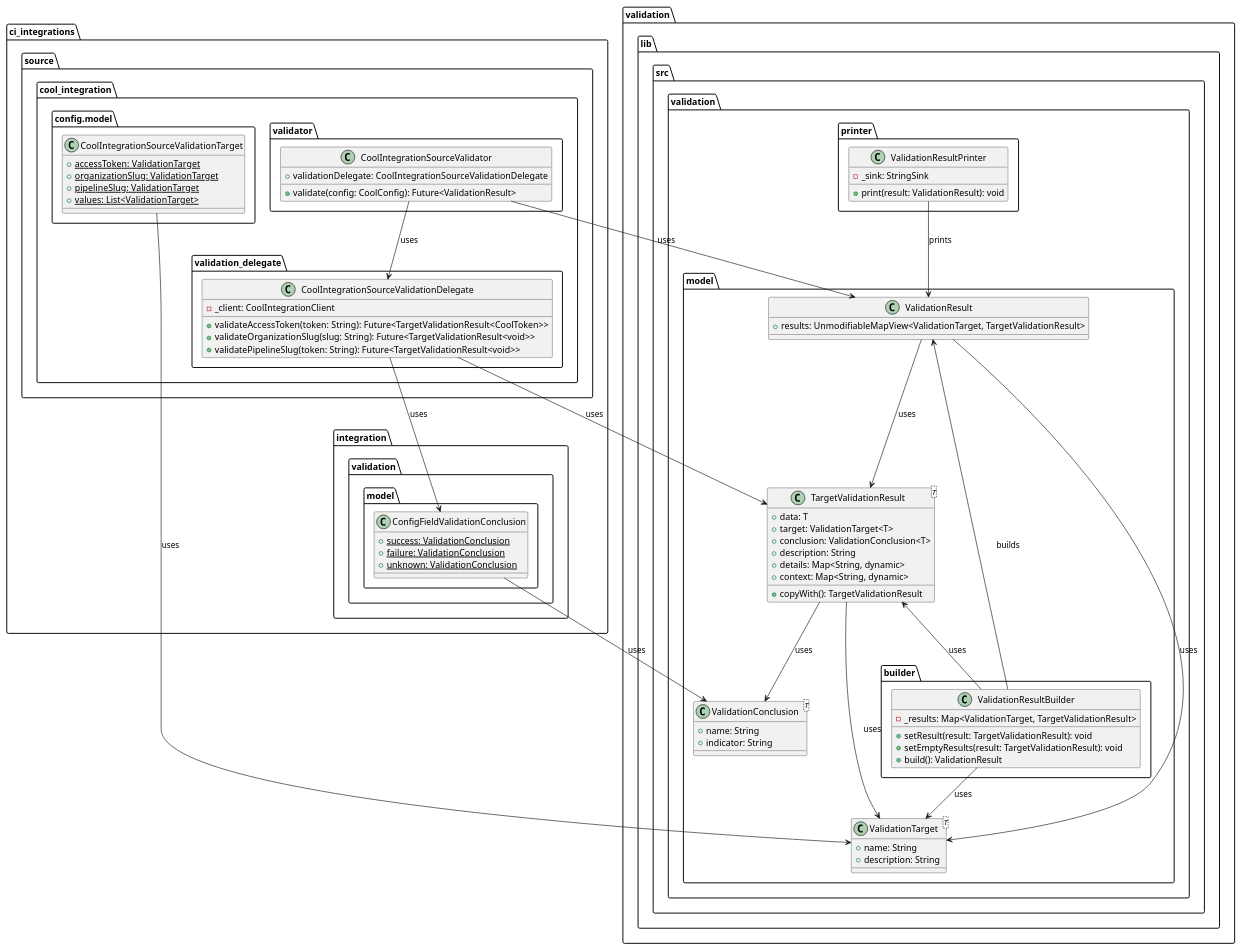
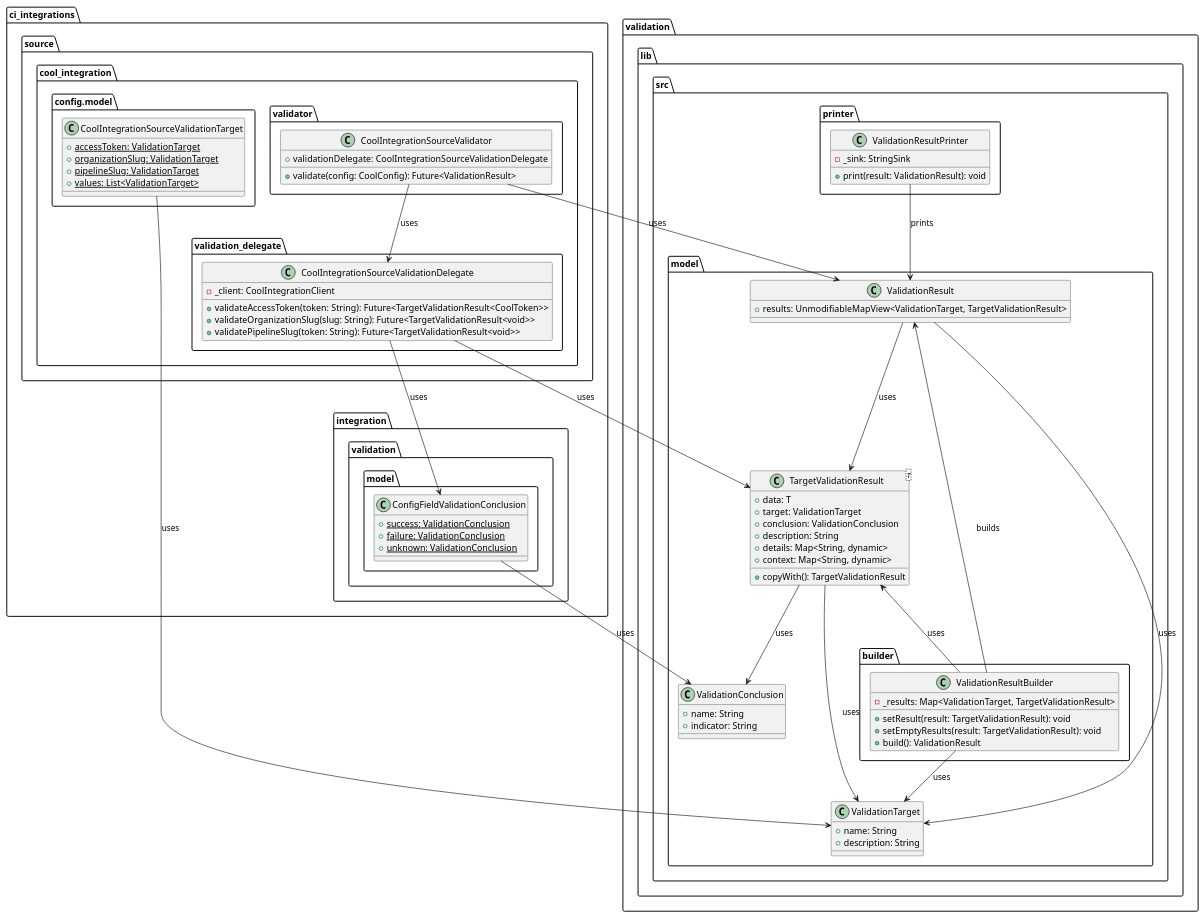
One commit to Flank/flank-dashboard changed the diagram in metrics/cli/docs/features/doctor_output_improvements/diagrams/ci_integrations_validator_class_diagram.puml. Above: the diagram before and after it, drawn with PlantUML. The commit also changed 5 other files, not shown here.

```diff
--- a/metrics/cli/docs/features/doctor_output_improvements/diagrams/ci_integrations_validator_class_diagram.puml
+++ b/metrics/cli/docs/features/doctor_output_improvements/diagrams/ci_integrations_validator_class_diagram.puml
@@ -1,112 +1,112 @@
 @startuml ci_integrations_validator_class_diagram
 
-package validation.lib.src.validation {
+package validation.lib.src {
     package model {
         package builder {
             class ValidationResultBuilder {
                 - _results: Map<ValidationTarget, TargetValidationResult>
 
                 + setResult(result: TargetValidationResult): void
                 + setEmptyResults(result: TargetValidationResult): void
                 + build(): ValidationResult
             }
         }
 
-        class ValidationTarget<T> {
+        class ValidationTarget {
             + name: String
             + description: String
         }
 
-        class ValidationConclusion<T> {
+        class ValidationConclusion {
             + name: String
             + indicator: String
         }
 
         class TargetValidationResult<T> {
             + data: T
-            + target: ValidationTarget<T>
-            + conclusion: ValidationConclusion<T>
+            + target: ValidationTarget
+            + conclusion: ValidationConclusion
             + description: String
             + details: Map<String, dynamic>
             + context: Map<String, dynamic>
 
             + copyWith(): TargetValidationResult
         }
 
         class ValidationResult{
             + results: UnmodifiableMapView<ValidationTarget, TargetValidationResult>
         }
     }
 
     package printer {
         class ValidationResultPrinter{
             - _sink: StringSink
 
             + print(result: ValidationResult): void
         }
     }
 }
 
 package ci_integrations {
     package integration.validation.model {
         class ConfigFieldValidationConclusion {
             + {static} success: ValidationConclusion
             + {static} failure: ValidationConclusion
             + {static} unknown: ValidationConclusion
         }
     }
 
     package source.cool_integration {
         package config.model as cool_integration_config_model {
             class CoolIntegrationSourceValidationTarget {
                 + {static} accessToken: ValidationTarget
                 + {static} organizationSlug: ValidationTarget
                 + {static} pipelineSlug: ValidationTarget
                 + {static} values: List<ValidationTarget>
             }
         }
 
         package validation_delegate {
             class CoolIntegrationSourceValidationDelegate {
                 - _client: CoolIntegrationClient
 
                 + validateAccessToken(token: String): Future<TargetValidationResult<CoolToken>>
                 + validateOrganizationSlug(slug: String): Future<TargetValidationResult<void>>
                 + validatePipelineSlug(token: String): Future<TargetValidationResult<void>>
             }
         }
 
         package validator {
             class CoolIntegrationSourceValidator {
                 + validationDelegate: CoolIntegrationSourceValidationDelegate
 
                 + validate(config: CoolConfig): Future<ValidationResult>
             }
         }
     }
 }
 
 TargetValidationResult --> ValidationTarget : uses
 TargetValidationResult --> ValidationConclusion : uses
 
 ValidationResult --> TargetValidationResult : uses
 ValidationResult --> ValidationTarget : uses
 
 ValidationResultBuilder -up-> ValidationResult : builds
 ValidationResultBuilder --> ValidationTarget : uses
 ValidationResultBuilder -up-> TargetValidationResult : uses
 
 ValidationResultPrinter --> ValidationResult : prints
 
 CoolIntegrationSourceValidator --> CoolIntegrationSourceValidationDelegate : uses
 CoolIntegrationSourceValidator --> ValidationResult : uses
 
 CoolIntegrationSourceValidationDelegate --> TargetValidationResult : uses
 
 CoolIntegrationSourceValidationTarget --> ValidationTarget : uses
 
 ConfigFieldValidationConclusion --> ValidationConclusion : uses
 
 CoolIntegrationSourceValidationDelegate -down-> ConfigFieldValidationConclusion : uses
 
 @enduml
```
